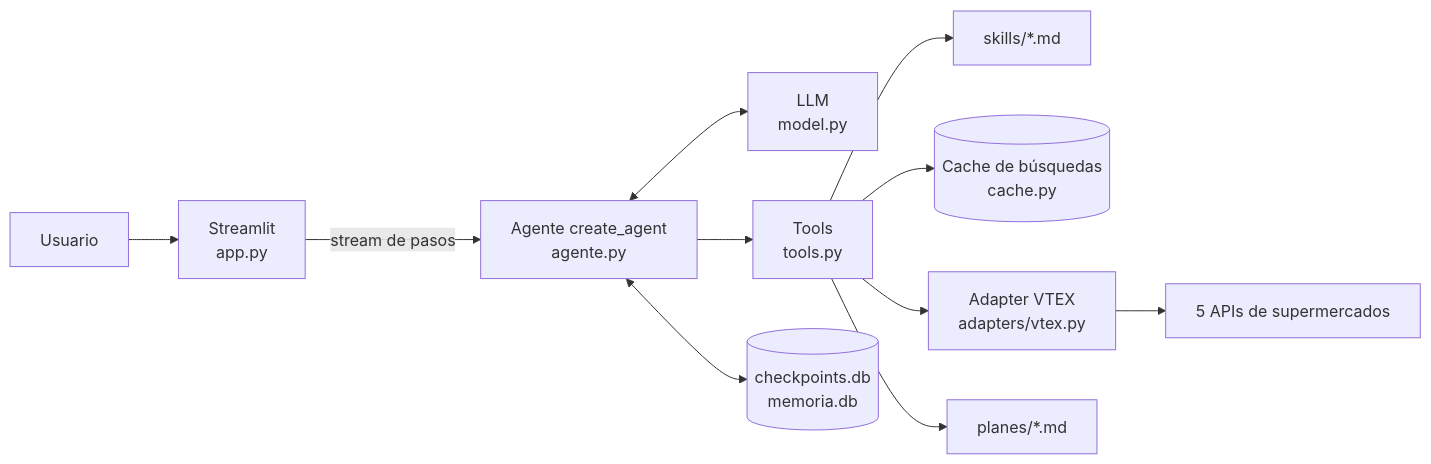
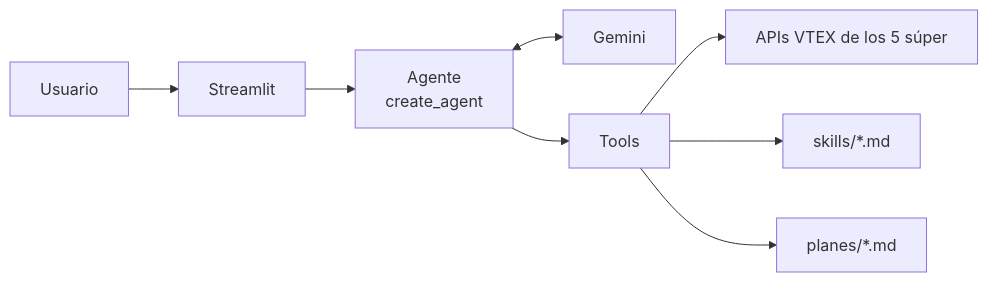
One commit to cuellojoaquinn/agente-de-supermercado changed the diagram in README.md. Above: the diagram before and after it, drawn with Mermaid. The commit also changed other lines of this file and 1 other file, not shown here.

````diff
--- a/README.md
+++ b/README.md
@@ -70,13 +32,8 @@
 ```mermaid
 flowchart LR
-    U[Usuario] --> UI[Streamlit<br>app.py]
-    UI -- stream de pasos --> A[Agente create_agent<br>agente.py]
-    A <--> LLM[LLM<br>model.py]
-    A --> T[Tools<br>tools.py]
+    U[Usuario] --> UI[Streamlit] --> A[Agente<br>create_agent]
+    A <--> LLM[Gemini]
+    A --> T[Tools] --> V[APIs VTEX de los 5 súper]
     T --> S[skills/*.md]
-    T --> C[(Cache de búsquedas<br>cache.py)]
-    T --> V[Adapter VTEX<br>adapters/vtex.py]
-    V --> APIs[5 APIs de supermercados]
     T --> P[planes/*.md]
-    A <--> M[(checkpoints.db<br>memoria.db)]
 ```
````
